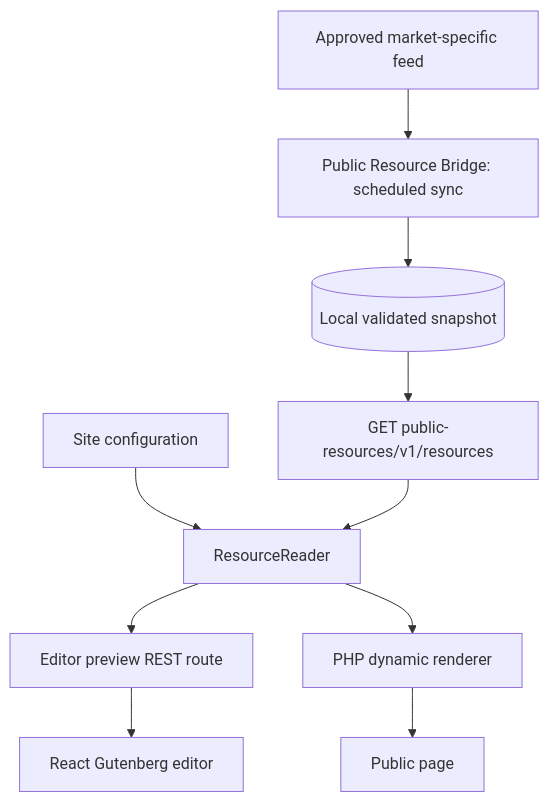
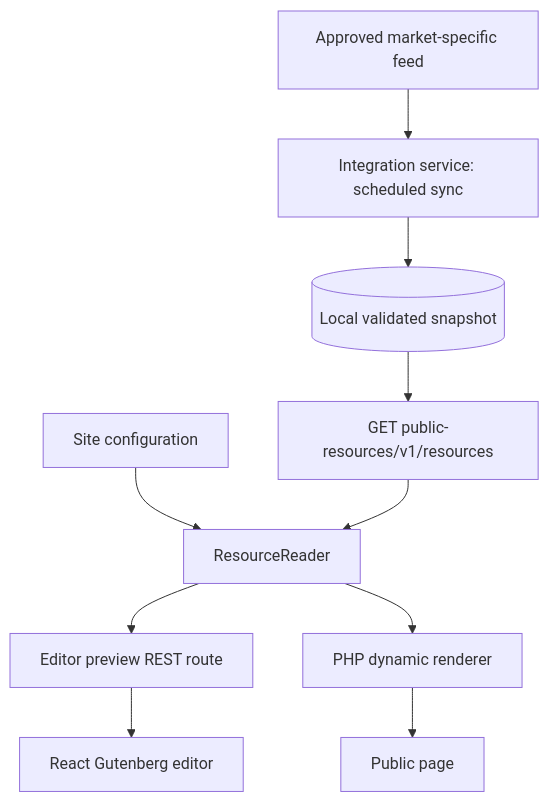
The diagram in README.md (Matthew1990s/Approved-Resource-List), drawn with Mermaid before and after one commit. The commit also changed other lines of this file, not shown here.

````diff
--- a/README.md
+++ b/README.md
@@ -21,12 +13,12 @@
 ```mermaid
 flowchart TD
-    U[Approved market-specific feed] --> B[Public Resource Bridge: scheduled sync]
+    U[Approved market-specific feed] --> B[Integration service: scheduled sync]
     B --> S[(Local validated snapshot)]
     S --> R[GET public-resources/v1/resources]
     C[Site configuration] --> P[ResourceReader]
     R --> P
     P --> E[Editor preview REST route]
     E --> G[React Gutenberg editor]
     P --> F[PHP dynamic renderer]
     F --> V[Public page]
 ```
````
